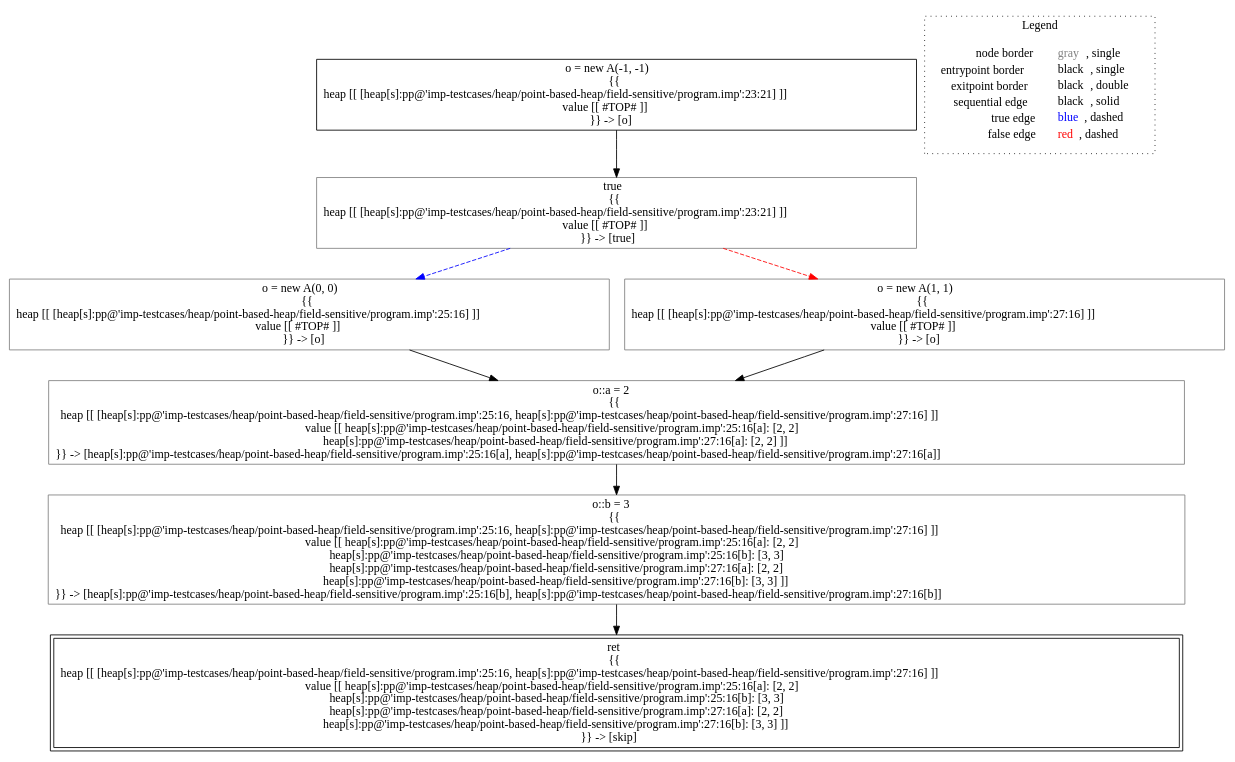
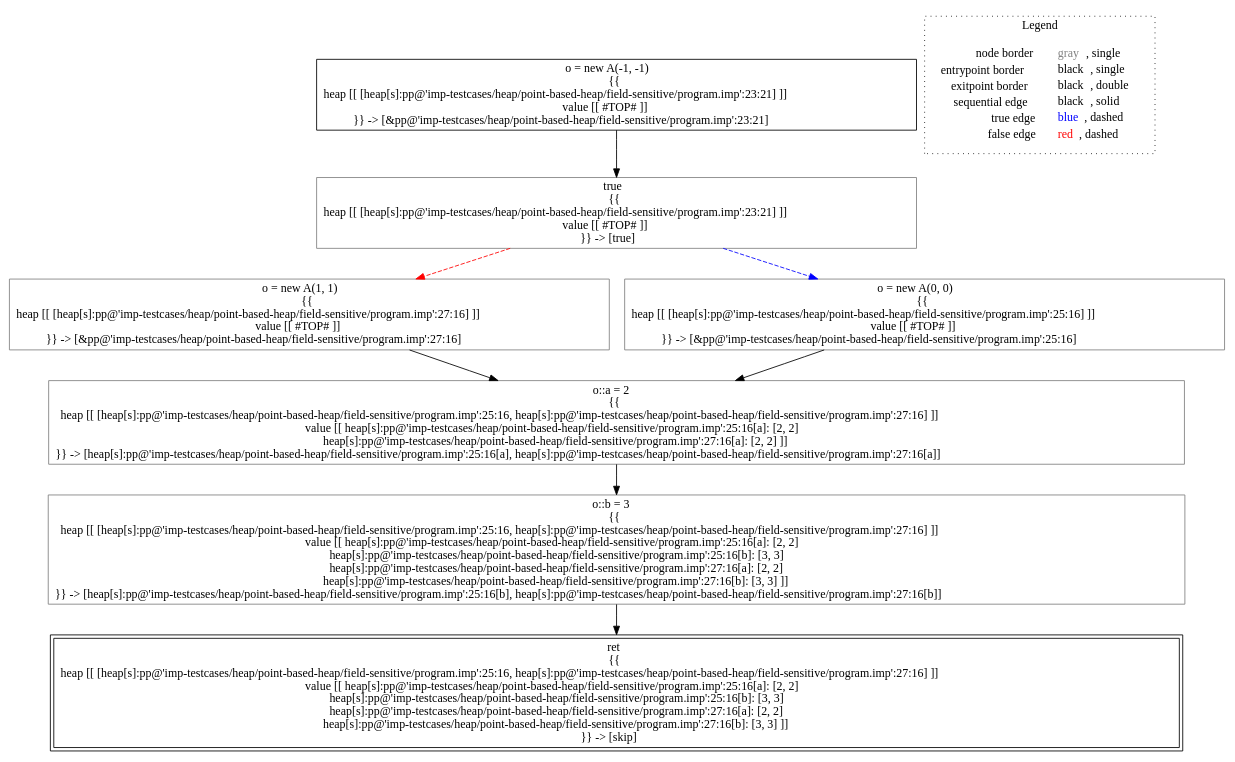
One commit to lisa-analyzer/lisa changed the diagram in lisa/imp-testcases/heap/point-based-heap/field-sensitive/analysis___untyped_A.f3(A_this).dot. Above: the diagram before and after it, drawn with Graphviz. The commit also changed 15 other files, not shown here.

Commit message:
#95 refactoring, simplified point based analysis

```diff
--- a/lisa/imp-testcases/heap/point-based-heap/field-sensitive/analysis___untyped_A.f3(A_this).dot
+++ b/lisa/imp-testcases/heap/point-based-heap/field-sensitive/analysis___untyped_A.f3(A_this).dot
@@ -1,23 +1,23 @@
 digraph {
-	"node0" [shape="rect",color="black",label=<o = new A(-1, -1)<BR/>{{<BR/>heap [[ [heap[s]:pp@'imp-testcases/heap/point-based-heap/field-sensitive/program.imp':23:21] ]]<BR/>value [[ #TOP# ]]<BR/>}} -&gt; [o]>];
-	"node1" [shape="rect",color="gray",label=<true<BR/>{{<BR/>heap [[ [heap[s]:pp@'imp-testcases/heap/point-based-heap/field-sensitive/program.imp':23:21] ]]<BR/>value [[ #TOP# ]]<BR/>}} -&gt; [true]>];
-	"node2" [shape="rect",color="gray",label=<o = new A(0, 0)<BR/>{{<BR/>heap [[ [heap[s]:pp@'imp-testcases/heap/point-based-heap/field-sensitive/program.imp':25:16] ]]<BR/>value [[ #TOP# ]]<BR/>}} -&gt; [o]>];
-	"node3" [shape="rect",color="gray",label=<o = new A(1, 1)<BR/>{{<BR/>heap [[ [heap[s]:pp@'imp-testcases/heap/point-based-heap/field-sensitive/program.imp':27:16] ]]<BR/>value [[ #TOP# ]]<BR/>}} -&gt; [o]>];
-	"node4" [shape="rect",color="gray",label=<o::b = 3<BR/>{{<BR/>heap [[ [heap[s]:pp@'imp-testcases/heap/point-based-heap/field-sensitive/program.imp':25:16, heap[s]:pp@'imp-testcases/heap/point-based-heap/field-sensitive/program.imp':27:16] ]]<BR/>value [[ heap[s]:pp@'imp-testcases/heap/point-based-heap/field-sensitive/program.imp':25:16[a]: [2, 2]<BR/>heap[s]:pp@'imp-testcases/heap/point-based-heap/field-sensitive/program.imp':25:16[b]: [3, 3]<BR/>heap[s]:pp@'imp-testcases/heap/point-based-heap/field-sensitive/program.imp':27:16[a]: [2, 2]<BR/>heap[s]:pp@'imp-testcases/heap/point-based-heap/field-sensitive/program.imp':27:16[b]: [3, 3] ]]<BR/>}} -&gt; [heap[s]:pp@'imp-testcases/heap/point-based-heap/field-sensitive/program.imp':25:16[b], heap[s]:pp@'imp-testcases/heap/point-based-heap/field-sensitive/program.imp':27:16[b]]>];
-	"node5" [shape="rect",color="gray",label=<o::a = 2<BR/>{{<BR/>heap [[ [heap[s]:pp@'imp-testcases/heap/point-based-heap/field-sensitive/program.imp':25:16, heap[s]:pp@'imp-testcases/heap/point-based-heap/field-sensitive/program.imp':27:16] ]]<BR/>value [[ heap[s]:pp@'imp-testcases/heap/point-based-heap/field-sensitive/program.imp':25:16[a]: [2, 2]<BR/>heap[s]:pp@'imp-testcases/heap/point-based-heap/field-sensitive/program.imp':27:16[a]: [2, 2] ]]<BR/>}} -&gt; [heap[s]:pp@'imp-testcases/heap/point-based-heap/field-sensitive/program.imp':25:16[a], heap[s]:pp@'imp-testcases/heap/point-based-heap/field-sensitive/program.imp':27:16[a]]>];
-	"node6" [shape="rect",color="black",peripheries="2",label=<ret<BR/>{{<BR/>heap [[ [heap[s]:pp@'imp-testcases/heap/point-based-heap/field-sensitive/program.imp':25:16, heap[s]:pp@'imp-testcases/heap/point-based-heap/field-sensitive/program.imp':27:16] ]]<BR/>value [[ heap[s]:pp@'imp-testcases/heap/point-based-heap/field-sensitive/program.imp':25:16[a]: [2, 2]<BR/>heap[s]:pp@'imp-testcases/heap/point-based-heap/field-sensitive/program.imp':25:16[b]: [3, 3]<BR/>heap[s]:pp@'imp-testcases/heap/point-based-heap/field-sensitive/program.imp':27:16[a]: [2, 2]<BR/>heap[s]:pp@'imp-testcases/heap/point-based-heap/field-sensitive/program.imp':27:16[b]: [3, 3] ]]<BR/>}} -&gt; [skip]>];
-	"node1" -> "node2" [color="blue",style="dashed"];
-	"node1" -> "node3" [color="red",style="dashed"];
+	"node0" [shape="rect",color="black",label=<o = new A(-1, -1)<BR/>{{<BR/>heap [[ [heap[s]:pp@'imp-testcases/heap/point-based-heap/field-sensitive/program.imp':23:21] ]]<BR/>value [[ #TOP# ]]<BR/>}} -&gt; [&amp;pp@'imp-testcases/heap/point-based-heap/field-sensitive/program.imp':23:21]>];
+	"node1" [shape="rect",color="gray",label=<o::a = 2<BR/>{{<BR/>heap [[ [heap[s]:pp@'imp-testcases/heap/point-based-heap/field-sensitive/program.imp':25:16, heap[s]:pp@'imp-testcases/heap/point-based-heap/field-sensitive/program.imp':27:16] ]]<BR/>value [[ heap[s]:pp@'imp-testcases/heap/point-based-heap/field-sensitive/program.imp':25:16[a]: [2, 2]<BR/>heap[s]:pp@'imp-testcases/heap/point-based-heap/field-sensitive/program.imp':27:16[a]: [2, 2] ]]<BR/>}} -&gt; [heap[s]:pp@'imp-testcases/heap/point-based-heap/field-sensitive/program.imp':25:16[a], heap[s]:pp@'imp-testcases/heap/point-based-heap/field-sensitive/program.imp':27:16[a]]>];
+	"node2" [shape="rect",color="gray",label=<o::b = 3<BR/>{{<BR/>heap [[ [heap[s]:pp@'imp-testcases/heap/point-based-heap/field-sensitive/program.imp':25:16, heap[s]:pp@'imp-testcases/heap/point-based-heap/field-sensitive/program.imp':27:16] ]]<BR/>value [[ heap[s]:pp@'imp-testcases/heap/point-based-heap/field-sensitive/program.imp':25:16[a]: [2, 2]<BR/>heap[s]:pp@'imp-testcases/heap/point-based-heap/field-sensitive/program.imp':25:16[b]: [3, 3]<BR/>heap[s]:pp@'imp-testcases/heap/point-based-heap/field-sensitive/program.imp':27:16[a]: [2, 2]<BR/>heap[s]:pp@'imp-testcases/heap/point-based-heap/field-sensitive/program.imp':27:16[b]: [3, 3] ]]<BR/>}} -&gt; [heap[s]:pp@'imp-testcases/heap/point-based-heap/field-sensitive/program.imp':25:16[b], heap[s]:pp@'imp-testcases/heap/point-based-heap/field-sensitive/program.imp':27:16[b]]>];
+	"node3" [shape="rect",color="gray",label=<true<BR/>{{<BR/>heap [[ [heap[s]:pp@'imp-testcases/heap/point-based-heap/field-sensitive/program.imp':23:21] ]]<BR/>value [[ #TOP# ]]<BR/>}} -&gt; [true]>];
+	"node4" [shape="rect",color="gray",label=<o = new A(1, 1)<BR/>{{<BR/>heap [[ [heap[s]:pp@'imp-testcases/heap/point-based-heap/field-sensitive/program.imp':27:16] ]]<BR/>value [[ #TOP# ]]<BR/>}} -&gt; [&amp;pp@'imp-testcases/heap/point-based-heap/field-sensitive/program.imp':27:16]>];
+	"node5" [shape="rect",color="black",peripheries="2",label=<ret<BR/>{{<BR/>heap [[ [heap[s]:pp@'imp-testcases/heap/point-based-heap/field-sensitive/program.imp':25:16, heap[s]:pp@'imp-testcases/heap/point-based-heap/field-sensitive/program.imp':27:16] ]]<BR/>value [[ heap[s]:pp@'imp-testcases/heap/point-based-heap/field-sensitive/program.imp':25:16[a]: [2, 2]<BR/>heap[s]:pp@'imp-testcases/heap/point-based-heap/field-sensitive/program.imp':25:16[b]: [3, 3]<BR/>heap[s]:pp@'imp-testcases/heap/point-based-heap/field-sensitive/program.imp':27:16[a]: [2, 2]<BR/>heap[s]:pp@'imp-testcases/heap/point-based-heap/field-sensitive/program.imp':27:16[b]: [3, 3] ]]<BR/>}} -&gt; [skip]>];
+	"node6" [shape="rect",color="gray",label=<o = new A(0, 0)<BR/>{{<BR/>heap [[ [heap[s]:pp@'imp-testcases/heap/point-based-heap/field-sensitive/program.imp':25:16] ]]<BR/>value [[ #TOP# ]]<BR/>}} -&gt; [&amp;pp@'imp-testcases/heap/point-based-heap/field-sensitive/program.imp':25:16]>];
+	"node0" -> "node3" [color="black"];
+	"node1" -> "node2" [color="black"];
 	"node2" -> "node5" [color="black"];
-	"node0" -> "node1" [color="black"];
-	"node3" -> "node5" [color="black"];
-	"node4" -> "node6" [color="black"];
-	"node5" -> "node4" [color="black"];
+	"node3" -> "node4" [color="red",style="dashed"];
+	"node3" -> "node6" [color="blue",style="dashed"];
+	"node4" -> "node1" [color="black"];
+	"node6" -> "node1" [color="black"];
 subgraph cluster_legend {
 	label="Legend";
 	style=dotted;
 	node [shape=plaintext];
 	"legend" [label=<<table border="0" cellpadding="2" cellspacing="0" cellborder="0"><tr><td align="right">node border&nbsp;</td><td align="left"><font color="gray">gray</font>, single</td></tr><tr><td align="right">entrypoint border&nbsp;</td><td align="left"><font color="black">black</font>, single</td></tr><tr><td align="right">exitpoint border&nbsp;</td><td align="left"><font color="black">black</font>, double</td></tr><tr><td align="right">sequential edge&nbsp;</td><td align="left"><font color="black">black</font>, solid</td></tr><tr><td align="right">true edge&nbsp;</td><td align="left"><font color="blue">blue</font>, dashed</td></tr><tr><td align="right">false edge&nbsp;</td><td align="left"><font color="red">red</font>, dashed</td></tr></table>>];
 }
 
 }
```
